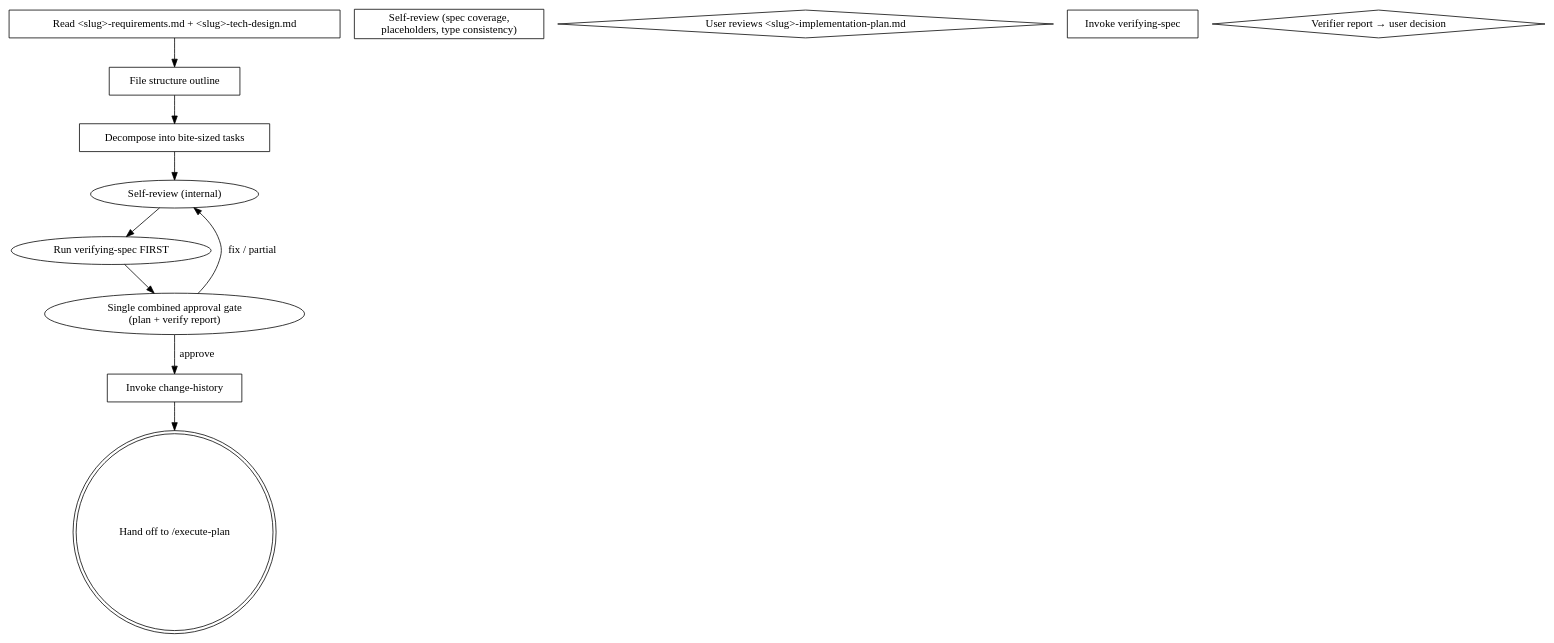
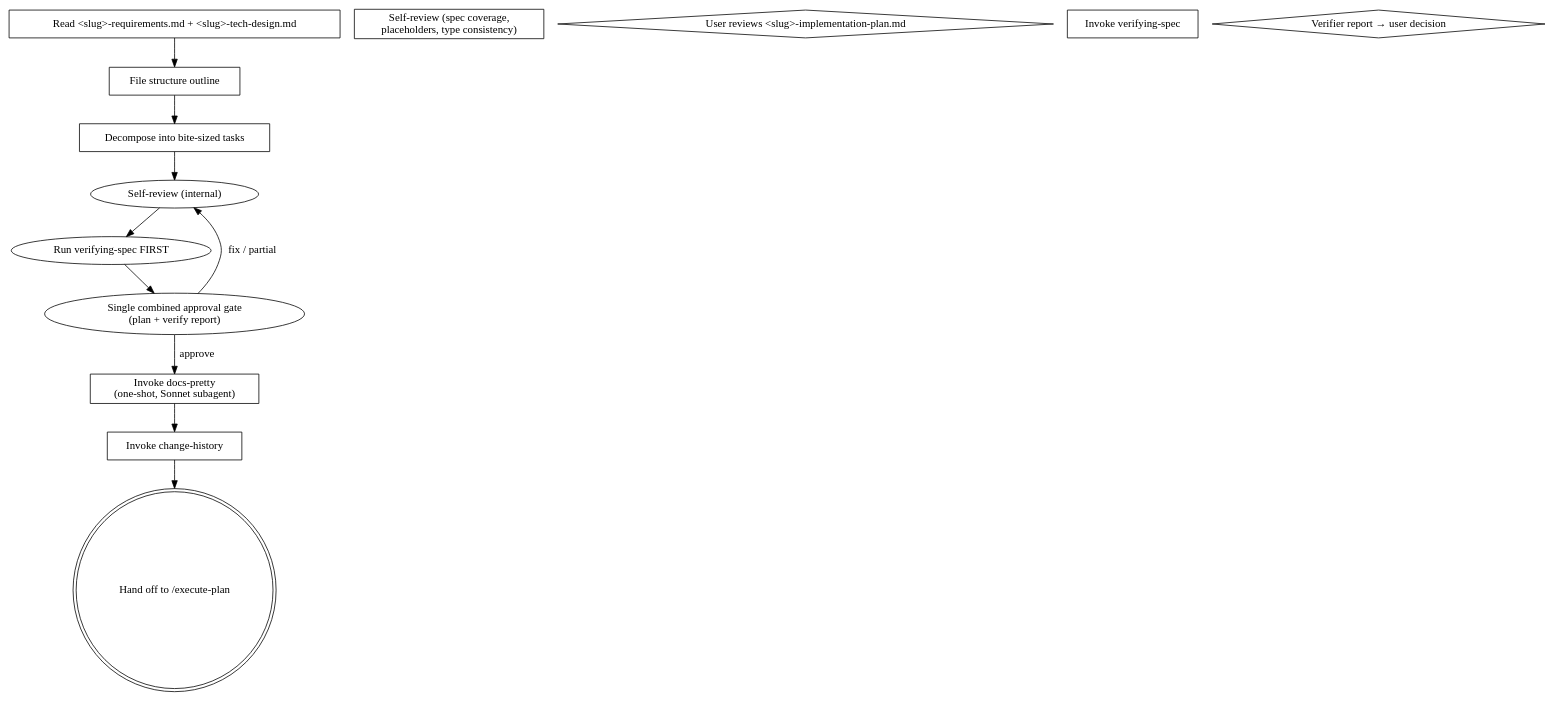
One commit to deokjinlog/intent-locked-workflow changed the diagram in skills/writing-plans/SKILL.md. Above: the diagram before and after it, drawn with Graphviz. The commit also changed other lines of this file and 12 other files, not shown here.

First line of the commit message:
워크플로우 개선 (위험 카테고리 / git-fast / docs-pretty / dual-mode 등)

````diff
--- a/skills/writing-plans/SKILL.md
+++ b/skills/writing-plans/SKILL.md
@@ -134,22 +153,24 @@
 ```dot
 digraph plan_flow {
     "Read <slug>-requirements.md + <slug>-tech-design.md" [shape=box];
     "File structure outline" [shape=box];
     "Decompose into bite-sized tasks" [shape=box];
     "Self-review (spec coverage,\n placeholders, type consistency)" [shape=box];
     "User reviews <slug>-implementation-plan.md" [shape=diamond];
     "Invoke verifying-spec" [shape=box];
     "Verifier report → user decision" [shape=diamond];
+    "Invoke docs-pretty\n(one-shot, Sonnet subagent)" [shape=box];
     "Invoke change-history" [shape=box];
     "Hand off to /execute-plan" [shape=doublecircle];
 
     "Read <slug>-requirements.md + <slug>-tech-design.md" -> "File structure outline";
     "File structure outline" -> "Decompose into bite-sized tasks";
     "Decompose into bite-sized tasks" -> "Self-review (internal)";
     "Self-review (internal)" -> "Run verifying-spec FIRST";
     "Run verifying-spec FIRST" -> "Single combined approval gate\n(plan + verify report)";
     "Single combined approval gate\n(plan + verify report)" -> "Self-review (internal)" [label="fix / partial"];
-    "Single combined approval gate\n(plan + verify report)" -> "Invoke change-history" [label="approve"];
+    "Single combined approval gate\n(plan + verify report)" -> "Invoke docs-pretty\n(one-shot, Sonnet subagent)" [label="approve"];
+    "Invoke docs-pretty\n(one-shot, Sonnet subagent)" -> "Invoke change-history";
     "Invoke change-history" -> "Hand off to /execute-plan";
 }
 ```
````
